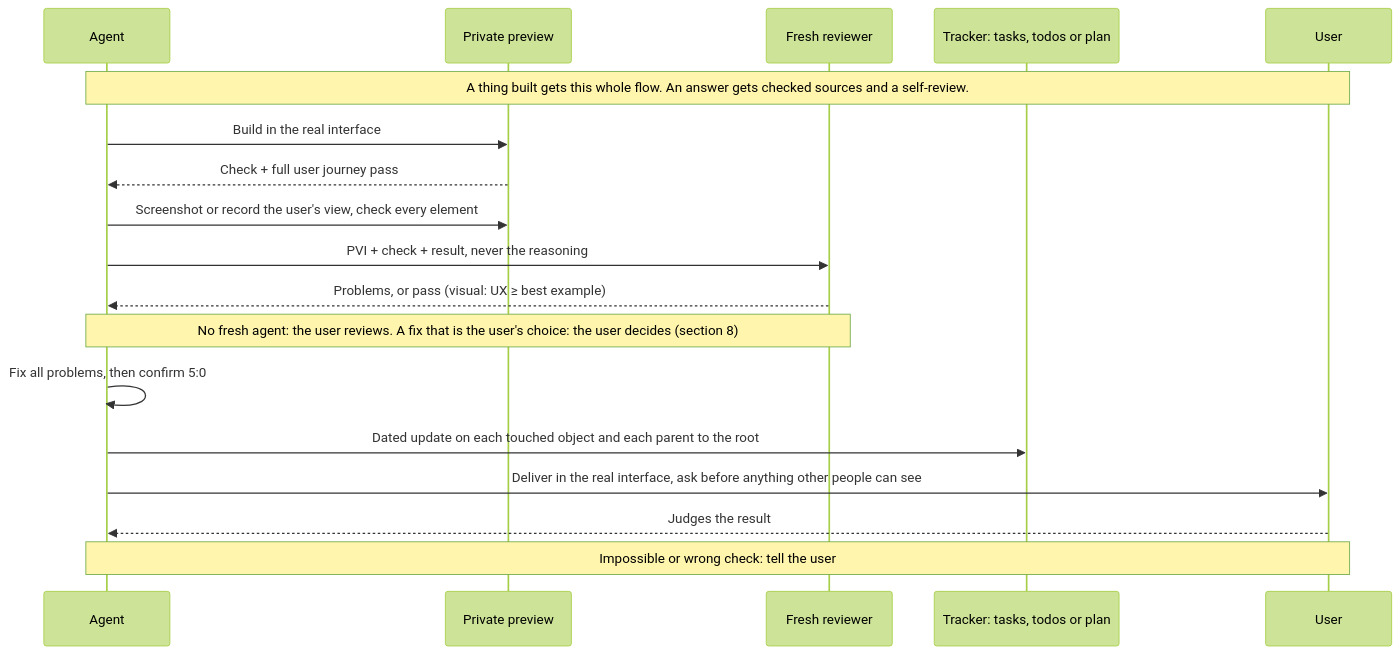
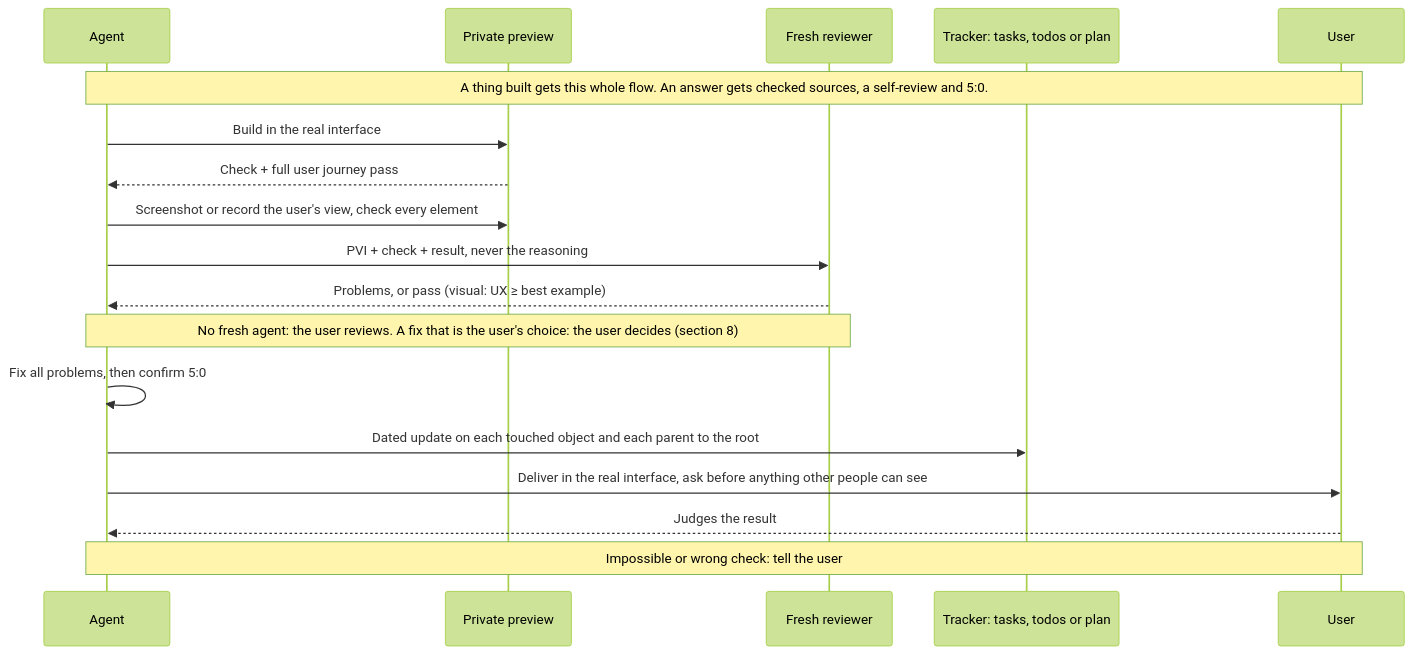
Diagram 11 of 14 in AGENTS.md (SolenixAI/arbiter), drawn with Mermaid (forest theme) before and after one commit. The commit also changed other lines of this file, not shown here.

First line of the commit message:
fix(agents): apply the fresh review of this change

````diff
--- a/AGENTS.md
+++ b/AGENTS.md
@@ -454,20 +454,20 @@
 ```mermaid
 sequenceDiagram
   participant A as Agent
   participant P as Private preview
   participant R as Fresh reviewer
   participant T as Tracker: tasks, todos or plan
   participant U as User
-  Note over A,U: A thing built gets this whole flow. An answer gets checked sources and a self-review.
+  Note over A,U: A thing built gets this whole flow. An answer gets checked sources, a self-review and 5:0.
   A->>P: Build in the real interface
   P-->>A: Check + full user journey pass
   A->>P: Screenshot or record the user's view, check every element
   A->>R: PVI + check + result, never the reasoning
   R-->>A: Problems, or pass (visual: UX ≥ best example)
   Note over A,R: No fresh agent: the user reviews. A fix that is the user's choice: the user decides (section 8)
   A->>A: Fix all problems, then confirm 5:0
   A->>T: Dated update on each touched object and each parent to the root
   A->>U: Deliver in the real interface, ask before anything other people can see
   U-->>A: Judges the result
   Note over A,U: Impossible or wrong check: tell the user
 ```
````
